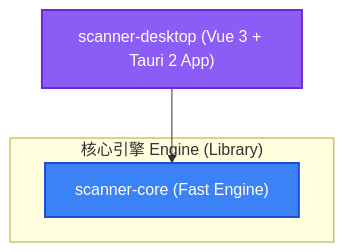
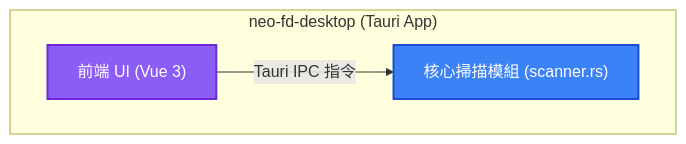
The second of 2 diagrams in AGENTS.md (Benknightdark/neo-fd), drawn with Mermaid before and after one commit. The commit also changed other lines of this file and 63 other files, not shown here.

First line of the commit message:
refactor(desktop): 重新命名桌面端專案為 neo-fd-desktop 暨品牌手冊深度重構

````diff
--- a/AGENTS.md
+++ b/AGENTS.md
@@ -82,13 +82,11 @@
 ```mermaid
 graph TD
-    desktop["scanner-desktop (Vue 3 + Tauri 2 App)"]
-    
-    subgraph engine ["核心引擎 Engine (Library)"]
-        core["scanner-core (Fast Engine)"]
+    subgraph desktop ["neo-fd-desktop (Tauri App)"]
+        ui["前端 UI (Vue 3)"]
+        core["核心掃描模組 (scanner.rs)"]
     end
-    
-    desktop --> core
+    ui -->|Tauri IPC 指令| core
     
     style core fill:#3b82f6,stroke:#1d4ed8,stroke-width:2px,color:#fff
-    style desktop fill:#8b5cf6,stroke:#6d28d9,stroke-width:2px,color:#fff
+    style ui fill:#8b5cf6,stroke:#6d28d9,stroke-width:2px,color:#fff
 ```
````
